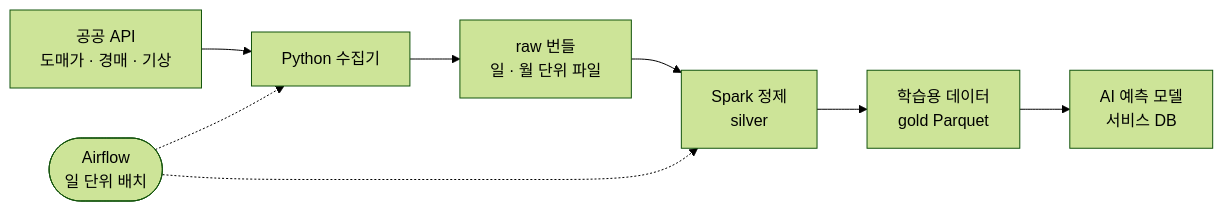
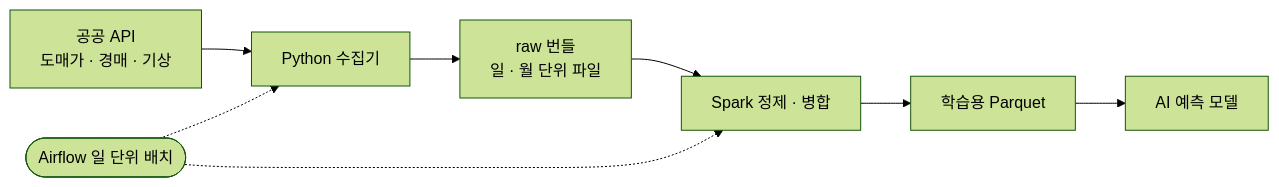
Before and after one commit to rbghddl199/NONGDAM: the diagram in README.md, drawn with Mermaid (forest theme). The commit also changed other lines of this file, not shown here.

````diff
--- a/README.md
+++ b/README.md
@@ -96,10 +82,10 @@
 ```mermaid
 flowchart LR
     A["공공 API<br/>도매가 · 경매 · 기상"] --> B["Python 수집기"]
     B --> C["raw 번들<br/>일 · 월 단위 파일"]
-    C --> D["Spark 정제<br/>silver"]
-    D --> E["학습용 데이터<br/>gold Parquet"]
-    E --> F["AI 예측 모델<br/>서비스 DB"]
-    G(["Airflow<br/>일 단위 배치"]) -.-> B
+    C --> D["Spark 정제 · 병합"]
+    D --> E["학습용 Parquet"]
+    E --> F["AI 예측 모델"]
+    G(["Airflow 일 단위 배치"]) -.-> B
     G -.-> D
 ```
````
